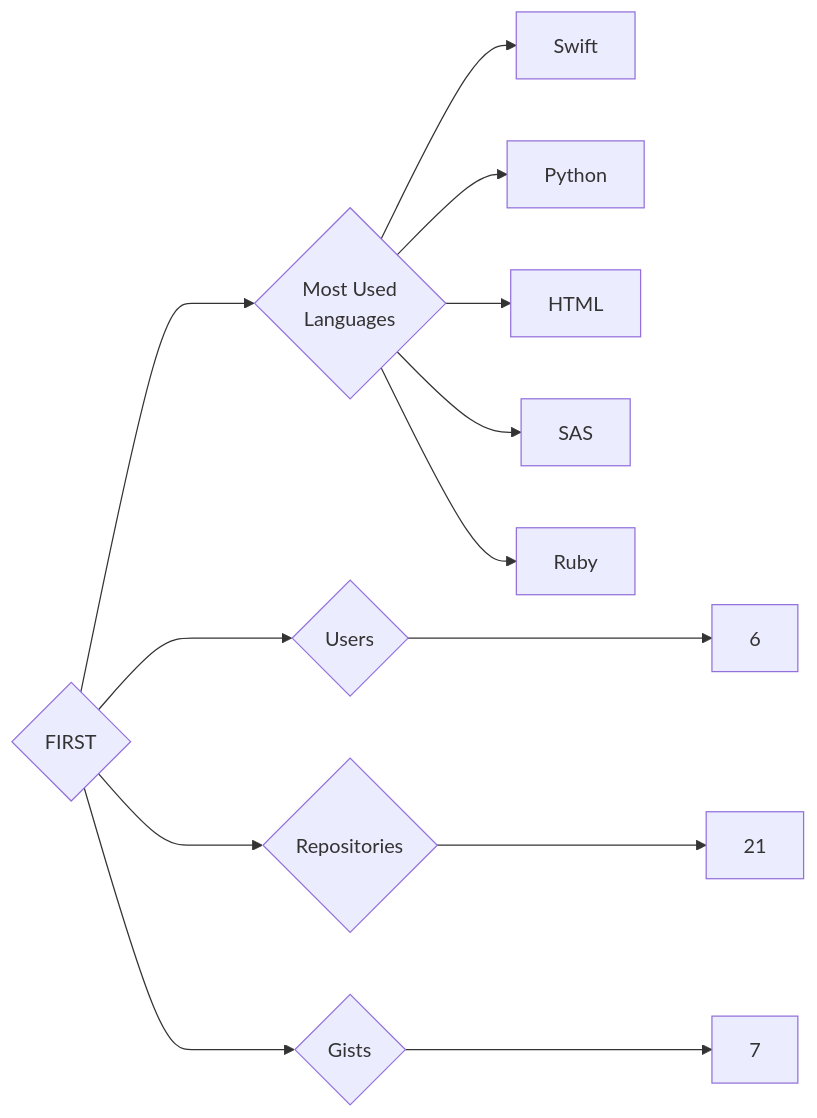
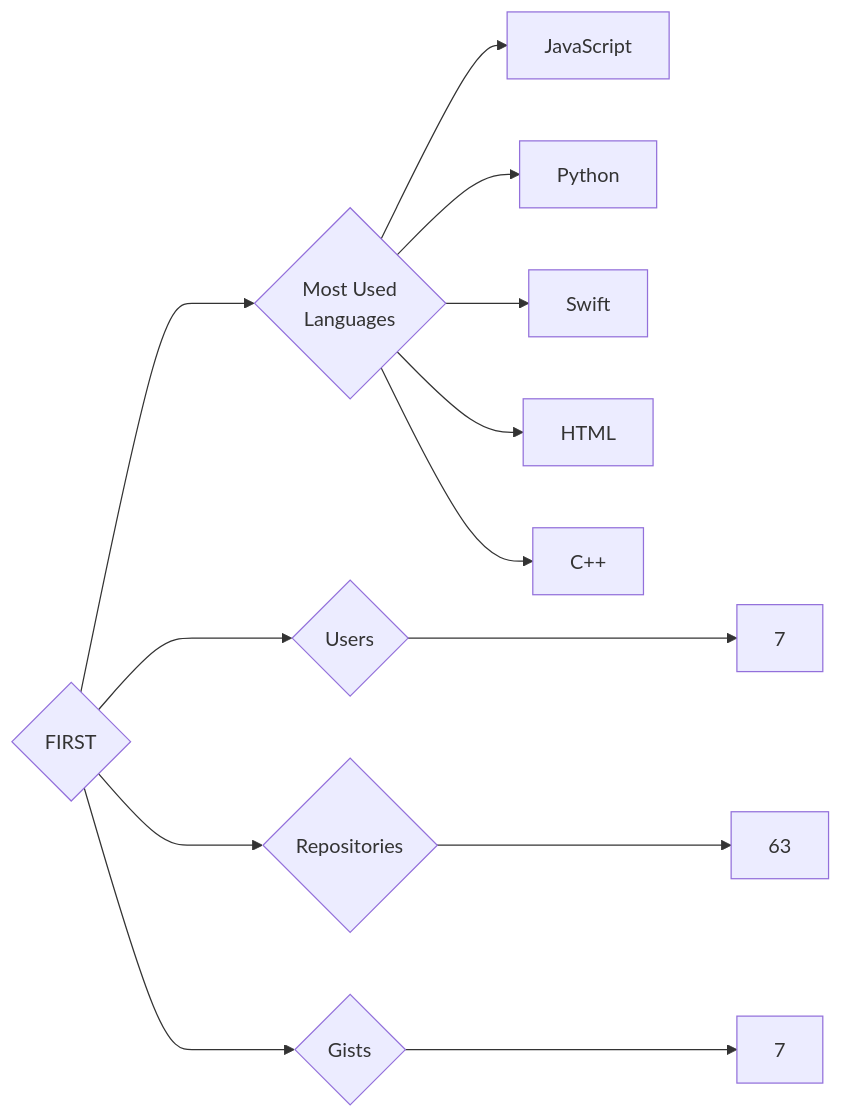
The diagram in targets/FIRST/README.md (trickest/insiders), drawn with Mermaid before and after one commit. The commit also changed 934 other files, not shown here.

````diff
--- a/targets/FIRST/README.md
+++ b/targets/FIRST/README.md
@@ -3,13 +3,13 @@
 ```mermaid
 graph LR
 COMPANY_NAME{FIRST}
-COMPANY_NAME ---> U{Users} ---> UN[6]
-COMPANY_NAME ---> R{Repositories} ---> RN[21]
+COMPANY_NAME ---> U{Users} ---> UN[7]
+COMPANY_NAME ---> R{Repositories} ---> RN[63]
 COMPANY_NAME ---> G{Gists} ---> GN[7]
 COMPANY_NAME ---> ML{Most Used<br>Languages}
+ML --> JavaScript[JavaScript]
+ML --> Python[Python]
 ML --> Swift[Swift]
-ML --> Python[Python]
 ML --> HTML[HTML]
-ML --> SAS[SAS]
-ML --> Ruby[Ruby]
+ML --> C++[C++]
 ```
````
